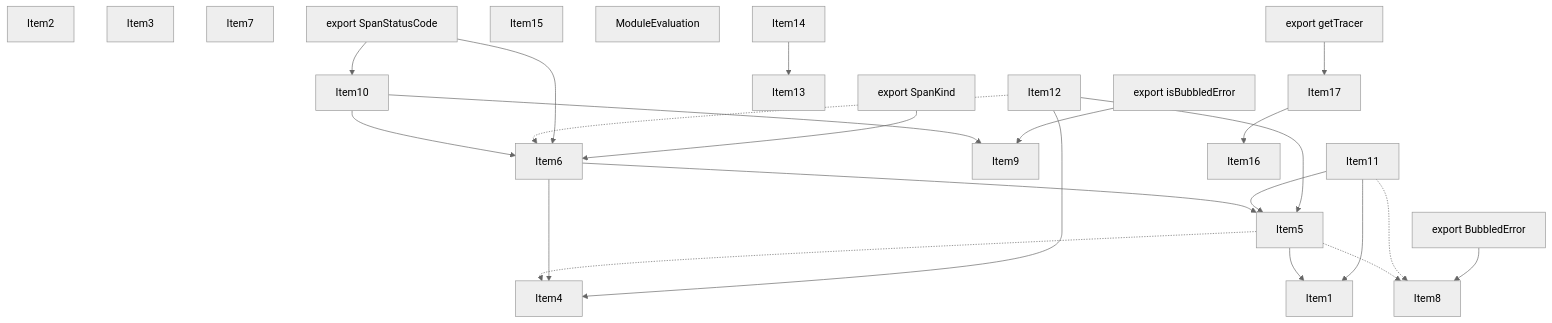
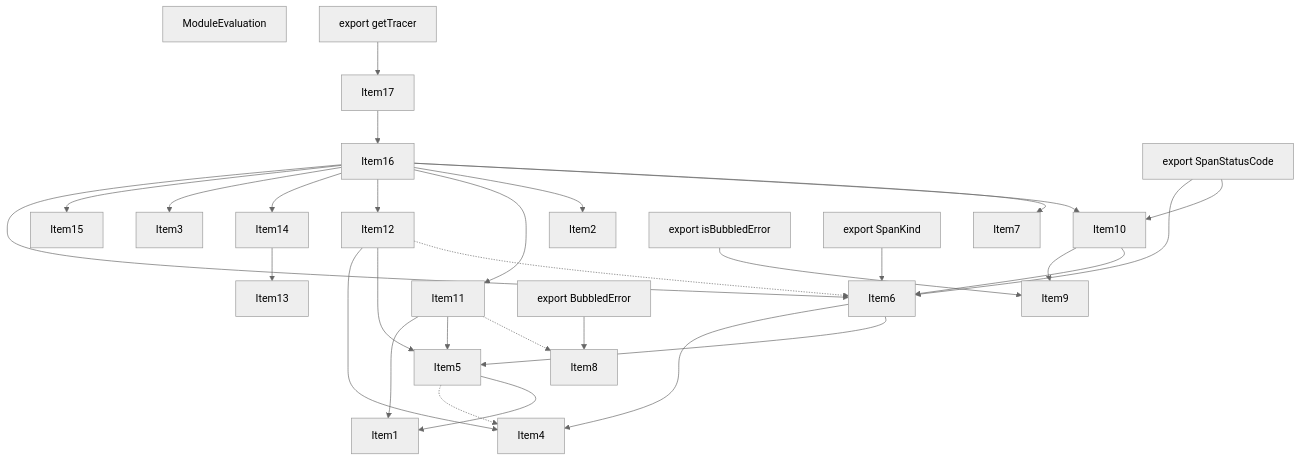
One commit to vercel/turborepo changed the second of 5 diagrams in crates/turbopack-ecmascript/tests/tree-shaker/analyzer/nextjs-tracer/output.md. Above: the diagram before and after it, drawn with Mermaid (neutral theme). The commit also changed other lines of this file and 1 other file, not shown here.

````diff
--- a/crates/turbopack-ecmascript/tests/tree-shaker/analyzer/nextjs-tracer/output.md
+++ b/crates/turbopack-ecmascript/tests/tree-shaker/analyzer/nextjs-tracer/output.md
@@ -399,53 +397,61 @@
 ```mermaid
 graph TD
     Item1;
     Item2;
     Item3;
     Item4;
     Item5;
     Item6;
     Item7;
     Item8;
     Item9;
     Item10;
     Item11;
     Item12;
     Item13;
     Item14;
     Item15;
     Item16;
     Item17;
     Item18;
     Item18["ModuleEvaluation"];
     Item19;
     Item19["export BubbledError"];
     Item20;
     Item20["export isBubbledError"];
     Item21;
     Item21["export getTracer"];
     Item22;
     Item22["export SpanStatusCode"];
     Item23;
     Item23["export SpanKind"];
     Item5 -.-> Item4;
     Item5 --> Item1;
-    Item5 -.-> Item8;
     Item6 --> Item4;
     Item6 --> Item5;
     Item10 --> Item9;
     Item10 --> Item6;
     Item11 --> Item1;
     Item11 --> Item5;
     Item11 -.-> Item8;
     Item12 --> Item4;
     Item12 --> Item5;
     Item12 -.-> Item6;
     Item14 --> Item13;
+    Item16 --> Item6;
+    Item16 --> Item15;
+    Item16 --> Item3;
+    Item16 --> Item14;
+    Item16 --> Item12;
+    Item16 --> Item11;
+    Item16 --> Item2;
+    Item16 --> Item10;
+    Item16 --> Item7;
     Item17 --> Item16;
     Item19 --> Item8;
     Item20 --> Item9;
     Item21 --> Item17;
     Item22 --> Item6;
     Item22 --> Item10;
     Item23 --> Item6;
 ```
````
